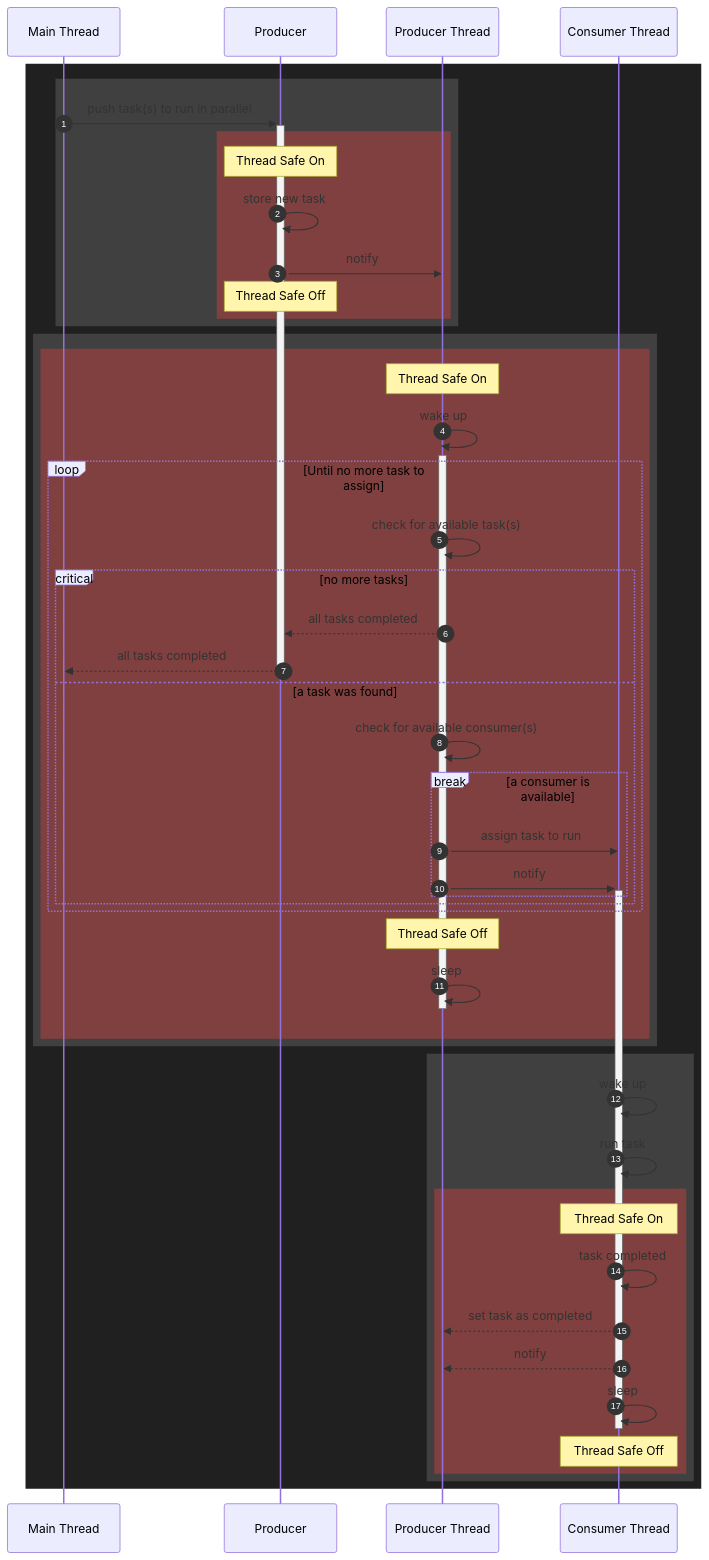
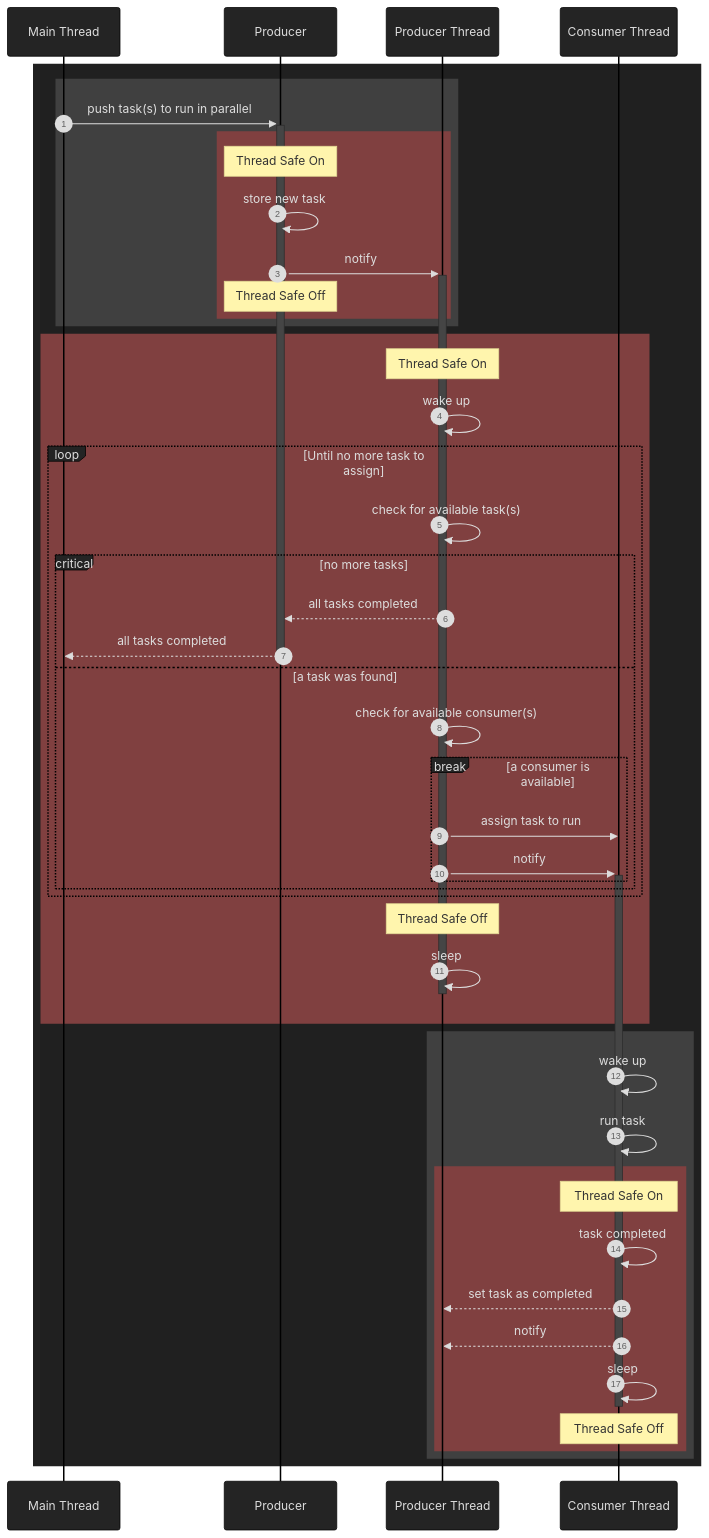
The third of 3 diagrams in README.md (GuillaumeBouchetEpitech/self-learning-3d-cars), drawn with Mermaid before and after one commit. The commit also changed other lines of this file, not shown here.

Commit message:
doc: updated diagrams with mermaid again

````diff
--- a/README.md
+++ b/README.md
@@ -86,4 +117,18 @@
 ```mermaid
+
+%%{
+  init: {
+    'theme': 'base',
+    'themeVariables': {
+      'primaryColor': '#242424',
+      'primaryTextColor': '#DDD',
+      'primaryBorderColor': '#000',
+      'lineColor': '#A0A0A0',
+      'secondaryColor': '#454545',
+      'tertiaryColor': '#353535'
+    }
+  }
+}%%
 
   sequenceDiagram
 
@@ -105,52 +150,48 @@
 
           Note over P: Thread Safe On
           P->>P: store new task
-          P->>PT: notify
+          P->>+PT: notify
           Note over P: Thread Safe Off
 
         end
 
       end
 
-      rect rgb(64, 64, 64)
+      rect rgb(128, 64, 64)
 
-        rect rgb(128, 64, 64)
+        Note over PT: Thread Safe On
 
-          Note over PT: Thread Safe On
+        PT->>PT: wake up
 
-          PT->>+PT: wake up
+        loop Until no more task to assign
 
-          loop Until no more task to assign
+          PT->>PT: check for available task(s)
 
-            PT->>PT: check for available task(s)
+          critical no more tasks
 
-            critical no more tasks
+            PT-->>P: all tasks completed
 
-              PT-->>P: all tasks completed
+            P-->>-MT: all tasks completed
 
-              P-->>-MT: all tasks completed
+          option a task was found
 
-            option a task was found
-
-              PT->>PT: check for available consumer(s)
+            PT->>PT: check for available consumer(s)
 
 
-              break a consumer is available
+            break a consumer is available
 
-                PT->>CT: assign task to run
-                PT->>+CT: notify
-
-              end
+              PT->>CT: assign task to run
+              PT->>+CT: notify
 
             end
 
           end
 
-          Note over PT: Thread Safe Off
+        end
 
-          PT->>-PT: sleep
+        Note over PT: Thread Safe Off
 
-        end
+        PT->>-PT: sleep
 
       end
 
````
